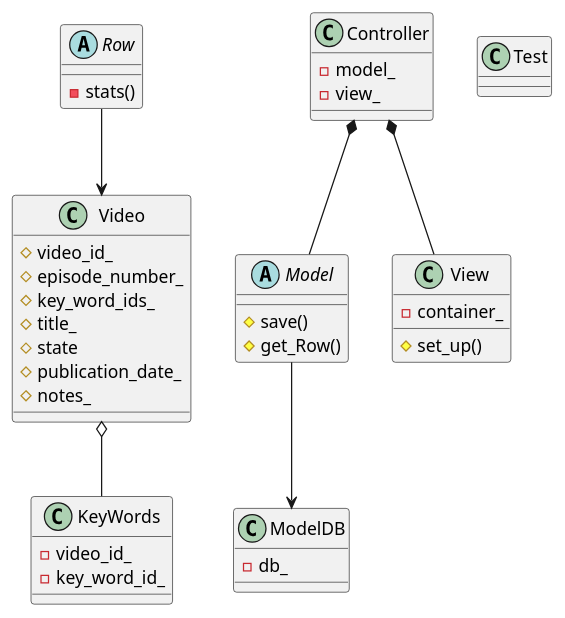
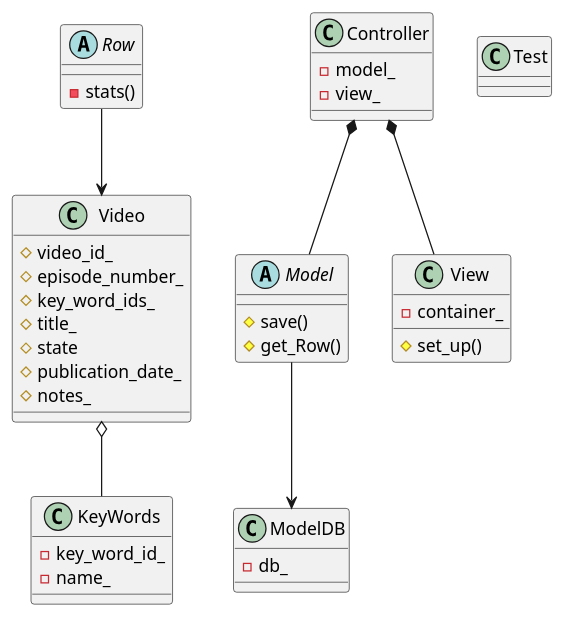
One commit to Wojtek130/Project_Video_Database changed the diagram in uml/diagram.plantuml. Above: the diagram before and after it, drawn with PlantUML. The commit also changed 6 other files, not shown here.

```diff
--- a/uml/diagram.plantuml
+++ b/uml/diagram.plantuml
@@ -1,50 +1,50 @@
 @startuml Class Diagram
 
 abstract class Row{
     -stats()
 }
 class Controller{
     -model_
     -view_
 }
 abstract class Model{
     #save()
     #get_Row()
 }
 class ModelDB{
     -db_
 }
 class KeyWords{
-    -video_id_
     -key_word_id_
+    -name_
 }
 
 class View{
     -container_
     #set_up()
 }
 class Video {
     #video_id_
     #episode_number_
     #key_word_ids_
     #title_
     #state
     #publication_date_
     #notes_
 }
 
 
 class Test
 
 Controller *-- Model
 
 Controller *-- View
 
 Row --> Video
 
 Video o-- KeyWords
 
 Model --> ModelDB
 
 
 @enduml
```
